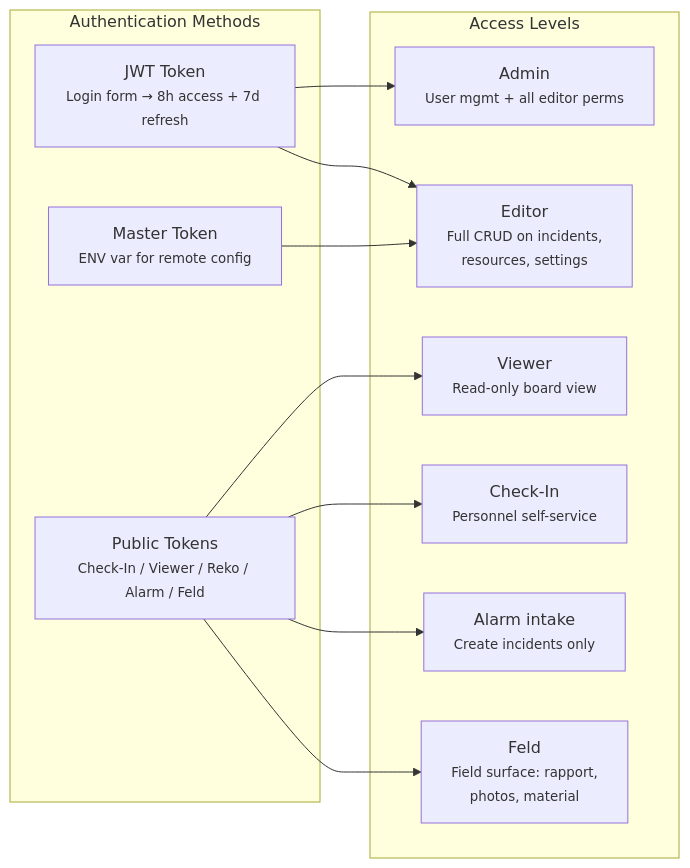
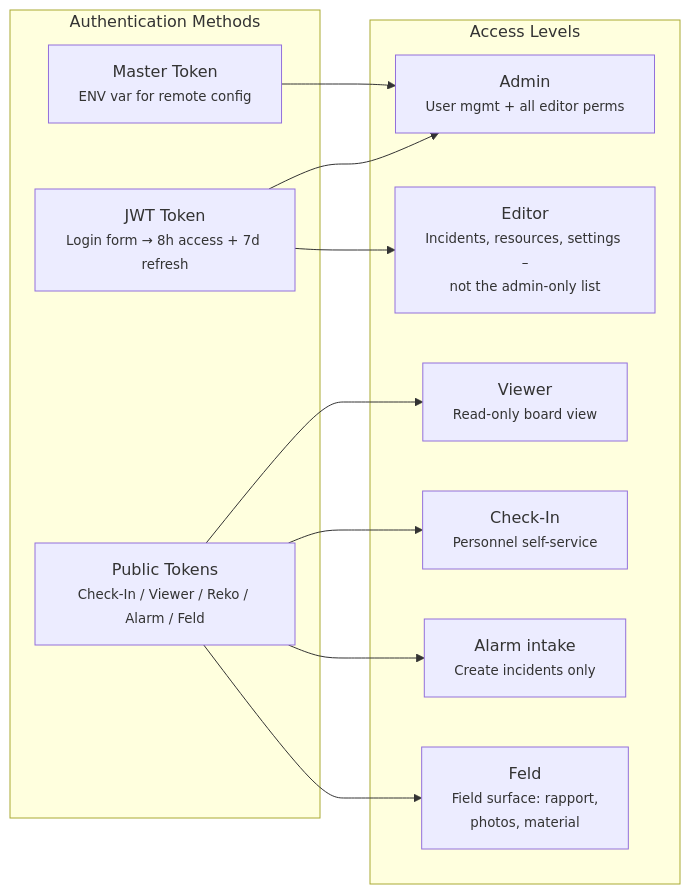
One commit to feuerwehr-oberwil/kp-rueck changed the tenth of 10 diagrams in docs/ARCHITECTURE.md. Above: the diagram before and after it, drawn with Mermaid. The commit also changed other lines of this file and 4 other files, not shown here.

````diff
--- a/docs/ARCHITECTURE.md
+++ b/docs/ARCHITECTURE.md
@@ -502,25 +502,25 @@
 ```mermaid
 graph LR
     subgraph auth["Authentication Methods"]
         jwt["JWT Token<br/><small>Login form → 8h access + 7d refresh</small>"]
         master["Master Token<br/><small>ENV var for remote config</small>"]
         public_token["Public Tokens<br/><small>Check-In / Viewer / Reko / Alarm / Feld</small>"]
     end
 
     subgraph roles["Access Levels"]
         admin["Admin<br/><small>User mgmt + all editor perms</small>"]
-        editor["Editor<br/><small>Full CRUD on incidents,<br/>resources, settings</small>"]
+        editor["Editor<br/><small>Incidents, resources, settings –<br/>not the admin-only list</small>"]
         viewer["Viewer<br/><small>Read-only board view</small>"]
         checkin["Check-In<br/><small>Personnel self-service</small>"]
         intake["Alarm intake<br/><small>Create incidents only</small>"]
         feld["Feld<br/><small>Field surface: rapport,<br/>photos, material</small>"]
     end
 
     jwt --> admin
     jwt --> editor
-    master --> editor
+    master --> admin
     public_token --> viewer
     public_token --> checkin
     public_token --> intake
     public_token --> feld
 ```
````
